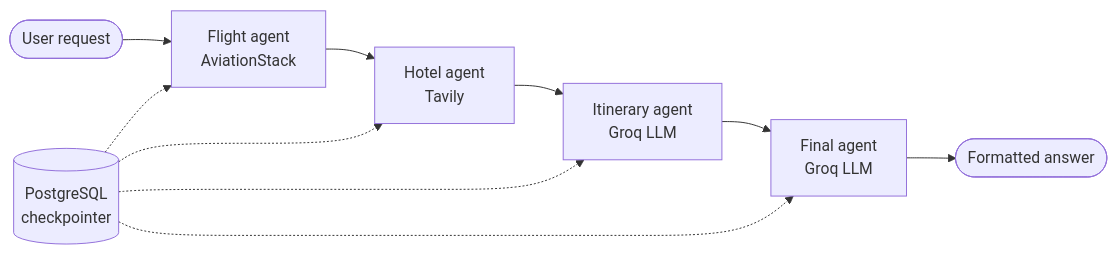
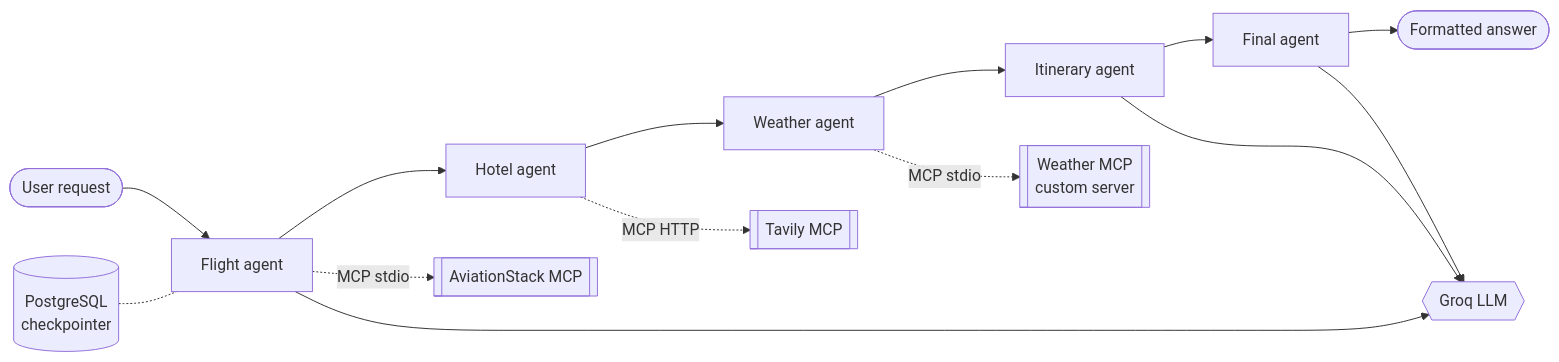
Before and after one commit to MamitianaRak/TripeMate-AI-A-Multi-Agent-Travel-Planner: the diagram in README.md, drawn with Mermaid. The commit also changed other lines of this file and 7 other files, not shown here.

````diff
--- a/README.md
+++ b/README.md
@@ -53,12 +56,18 @@
 ```mermaid
 flowchart LR
-    U([User request]) --> F[Flight agent<br/>AviationStack]
-    F --> H[Hotel agent<br/>Tavily]
-    H --> I[Itinerary agent<br/>Groq LLM]
-    I --> R[Final agent<br/>Groq LLM]
+    U([User request]) --> F[Flight agent]
+    F --> H[Hotel agent]
+    H --> W[Weather agent]
+    W --> I[Itinerary agent]
+    I --> R[Final agent]
     R --> A([Formatted answer])
-    DB[(PostgreSQL<br/>checkpointer)] -.-> F
-    DB -.-> H
-    DB -.-> I
-    DB -.-> R
+
+    F -. MCP stdio .-> AV[[AviationStack MCP]]
+    H -. MCP HTTP .-> TV[[Tavily MCP]]
+    W -. MCP stdio .-> WX[[Weather MCP<br/>custom server]]
+    I --> LLM{{Groq LLM}}
+    R --> LLM
+    F --> LLM
+
+    DB[(PostgreSQL<br/>checkpointer)] -.- F
 ```
````
